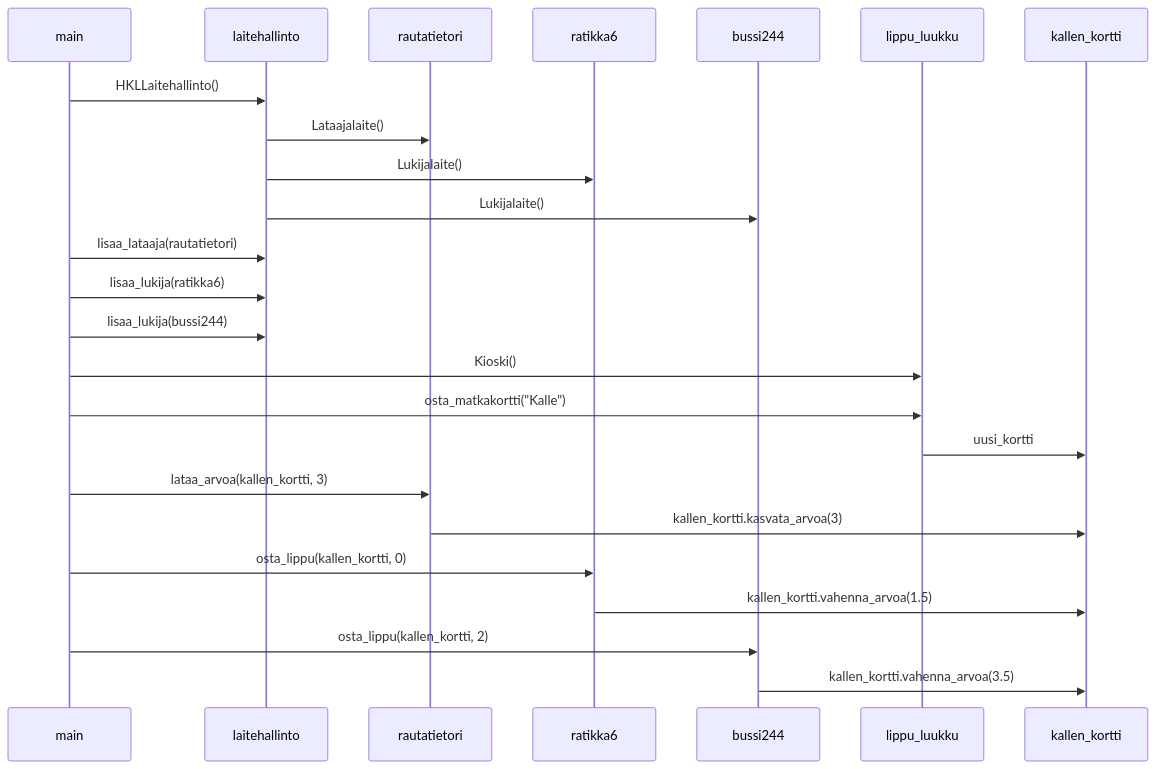
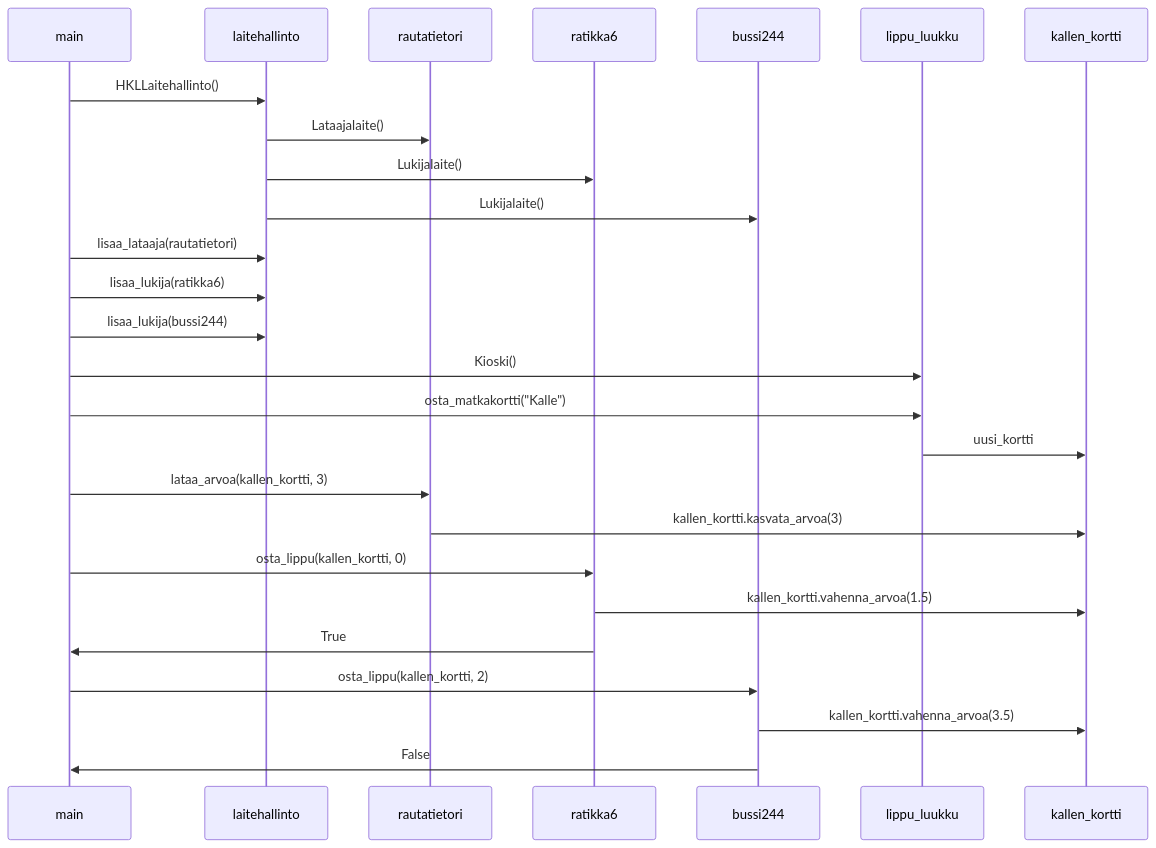
One commit to ttanninen/ot-harjoitustyo changed the diagram in laskarit/viikko3/hsl.md. Above: the diagram before and after it, drawn with Mermaid.

````diff
--- a/laskarit/viikko3/hsl.md
+++ b/laskarit/viikko3/hsl.md
@@ -1,35 +1,36 @@
 ```mermaid
 
 sequenceDiagram
   participant main
   participant laitehallinto
   participant rautatietori
   participant ratikka6
   participant bussi244
   participant lippu_luukku
   participant kallen_kortti
   
     main ->> laitehallinto: HKLLaitehallinto()
     laitehallinto ->> rautatietori: Lataajalaite()
     laitehallinto ->> ratikka6: Lukijalaite()
     laitehallinto ->> bussi244: Lukijalaite()
 
     main ->> laitehallinto: lisaa_lataaja(rautatietori)
     main ->> laitehallinto: lisaa_lukija(ratikka6)
     main ->> laitehallinto: lisaa_lukija(bussi244)
 
     main ->> lippu_luukku: Kioski()
 
     main ->> lippu_luukku: osta_matkakortti("Kalle")
     lippu_luukku ->> kallen_kortti: uusi_kortti
 
     main ->> rautatietori: lataa_arvoa(kallen_kortti, 3)
     rautatietori ->> kallen_kortti: kallen_kortti.kasvata_arvoa(3)
 
     main ->> ratikka6: osta_lippu(kallen_kortti, 0)
     ratikka6 ->> kallen_kortti: kallen_kortti.vahenna_arvoa(1.5)
+    ratikka6 ->> main: True
 
     main ->> bussi244: osta_lippu(kallen_kortti, 2)
     bussi244 ->> kallen_kortti: kallen_kortti.vahenna_arvoa(3.5)
-
+    bussi244 ->> main: False
 ```
````
